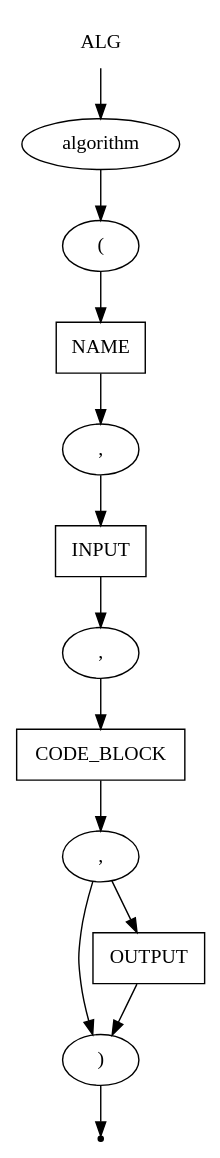
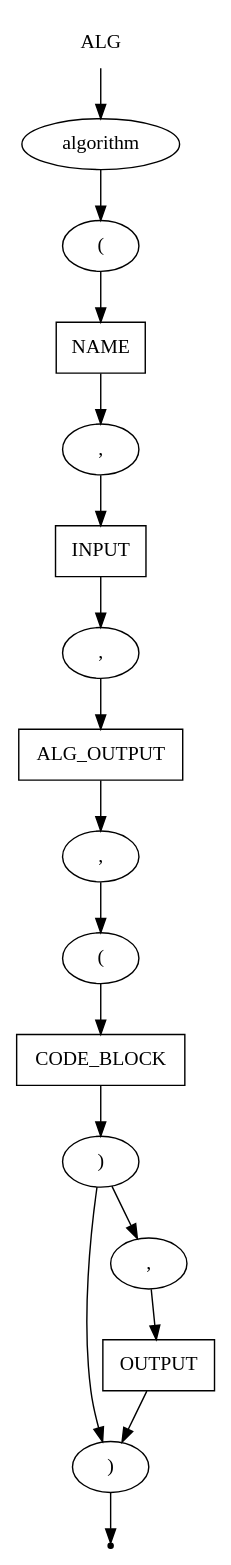
Before and after one commit to mshnschnko/ProMa: the diagram in src/CodeParser/grammar/alg.gv, drawn with Graphviz. The commit also changed 8 other files, not shown here.

```diff
--- a/src/CodeParser/grammar/alg.gv
+++ b/src/CodeParser/grammar/alg.gv
@@ -1,27 +1,35 @@
 digraph ALG {
     start [label=ALG shape=plaintext]
     algorithm [label=algorithm shape=oval]
     br_open [label="(" shape=oval]
     br_close [label=")" shape=oval]
+    cb_open [label="(" shape=oval]
+    cb_close [label=")" shape=oval]
     name [label=NAME shape=box]
     comma_1 [label="," shape=oval]
     comma_2 [label="," shape=oval]
     comma_3 [label="," shape=oval]
+    comma_4 [label="," shape=oval]
     input [label=INPUT shape=box]
+    alg_output [label=ALG_OUTPUT shape=box]
     code_block [label=CODE_BLOCK shape=box]
     output [label=OUTPUT shape=box]
     end [label="" shape=point]
 
     start -> algorithm
     algorithm -> br_open
     br_open -> name
     name -> comma_1
     comma_1 -> input
     input -> comma_2
-    comma_2 -> code_block
-    code_block -> comma_3
-    comma_3 -> output
+    comma_2 -> alg_output
+    alg_output -> comma_3
+    comma_3 -> cb_open
+    cb_open -> code_block
+    code_block -> cb_close
+    cb_close -> comma_4
+    cb_close -> br_close
+    comma_4 -> output
     output -> br_close
-    comma_3 -> br_close
     br_close -> end
 }
```
